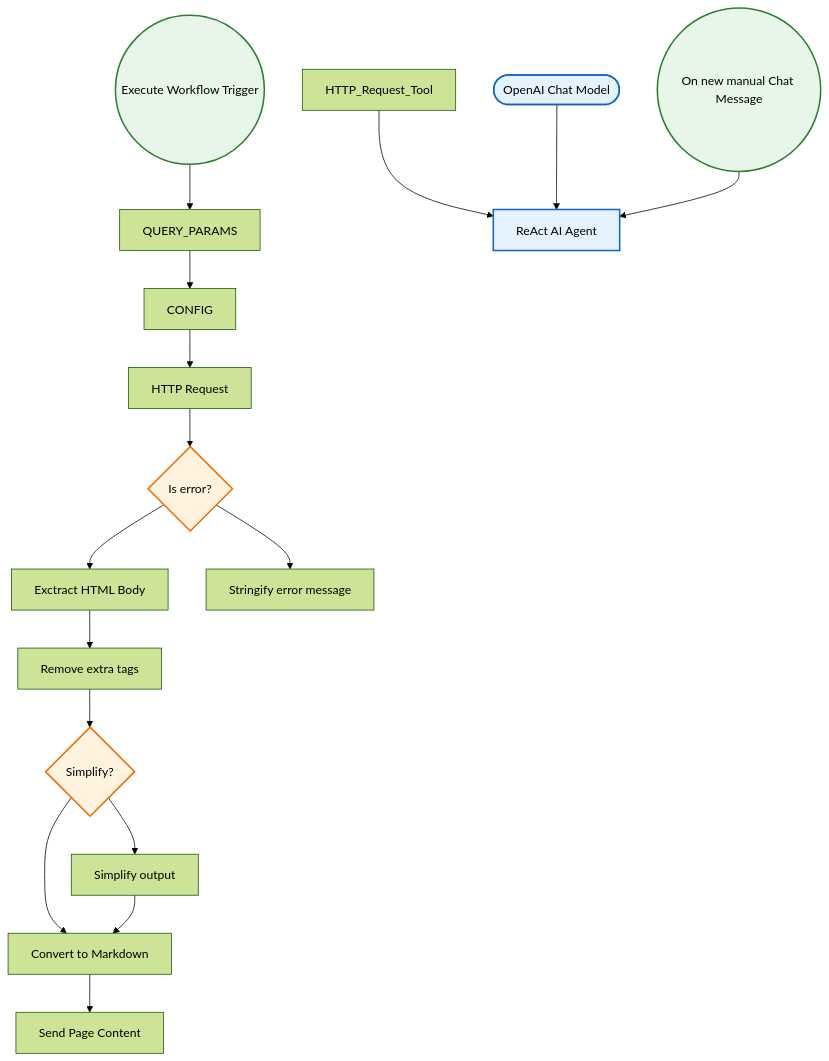
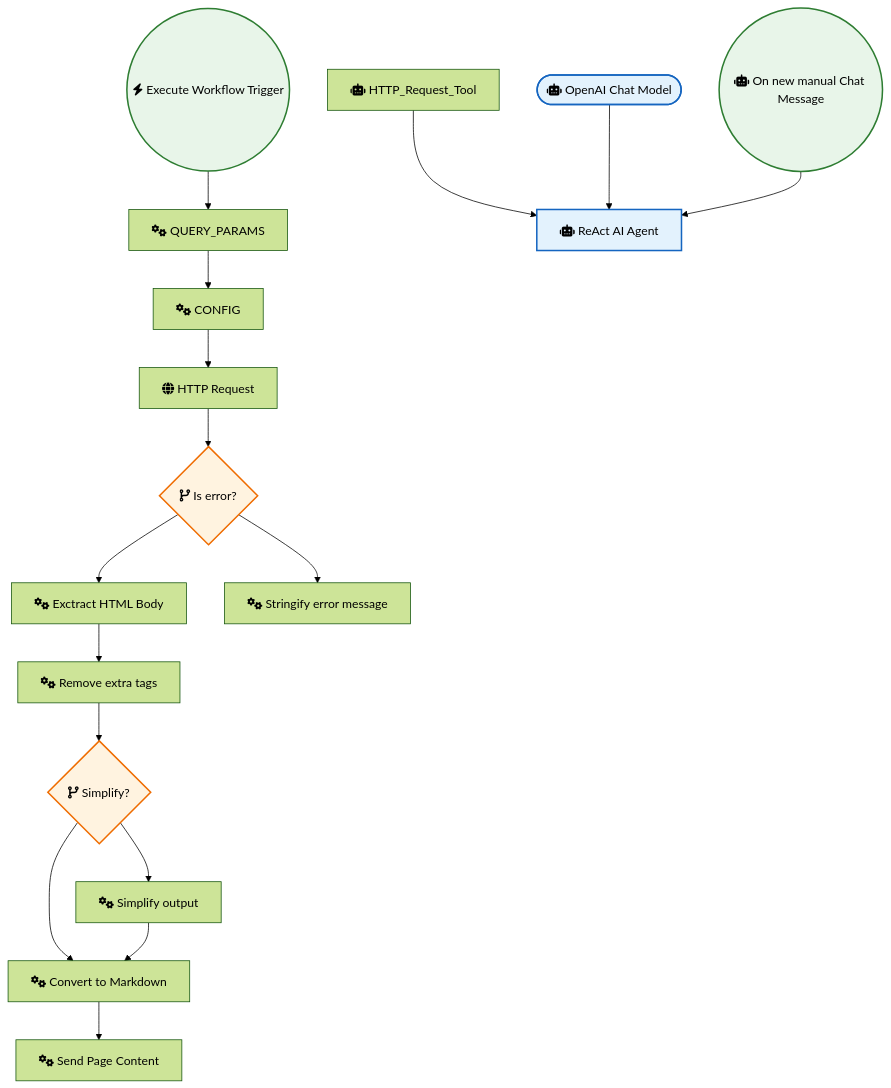
Before and after one commit to sreyash3105/N8N-DEMO-AUTOMATIONS: the diagram in OpenAI_and_LLMs/Agent with Custom Http Request.md, drawn with Mermaid (forest theme). The commit also changed 291 other files, not shown here.

````diff
--- a/OpenAI_and_LLMs/Agent with Custom Http Request.md
+++ b/OpenAI_and_LLMs/Agent with Custom Http Request.md
@@ -1,39 +1,39 @@
 ```mermaid
 graph TD
     classDef trigger fill:#e8f5e9,stroke:#2e7d32,stroke-width:2px;
     classDef ai fill:#e3f2fd,stroke:#1565c0,stroke-width:2px;
     classDef logic fill:#fff3e0,stroke:#ef6c00,stroke-width:2px;
 
-    On_new_manual_Chat_Message(("On new manual Chat Message")):::trigger
-    OpenAI_Chat_Model(["OpenAI Chat Model"]):::ai
-    HTTP_Request["HTTP Request"]
-    Exctract_HTML_Body["Exctract HTML Body"]
-    Is_error_{"Is error?"}:::logic
-    Stringify_error_message["Stringify error message"]
-    Execute_Workflow_Trigger(("Execute Workflow Trigger")):::trigger
-    Remove_extra_tags["Remove extra tags"]
-    Simplify_output["Simplify output"]
-    Simplify_{"Simplify?"}:::logic
-    QUERY_PARAMS["QUERY_PARAMS"]
-    CONFIG["CONFIG"]
-    ReAct_AI_Agent["ReAct AI Agent"]:::ai
-    Convert_to_Markdown["Convert to Markdown"]
-    Send_Page_Content["Send Page Content"]
-    HTTP_Request_Tool["HTTP_Request_Tool"]
+    On_new_manual_Chat_Message(("fas:fa-robot On new manual Chat Message")):::trigger
+    OpenAI_Chat_Model(["fas:fa-robot OpenAI Chat Model"]):::ai
+    HTTP_Request["fas:fa-globe HTTP Request"]
+    Exctract_HTML_Body["fas:fa-cogs Exctract HTML Body"]
+    Is_error_{"fas:fa-code-branch Is error?"}:::logic
+    Stringify_error_message["fas:fa-cogs Stringify error message"]
+    Execute_Workflow_Trigger(("fas:fa-bolt Execute Workflow Trigger")):::trigger
+    Remove_extra_tags["fas:fa-cogs Remove extra tags"]
+    Simplify_output["fas:fa-cogs Simplify output"]
+    Simplify_{"fas:fa-code-branch Simplify?"}:::logic
+    QUERY_PARAMS["fas:fa-cogs QUERY_PARAMS"]
+    CONFIG["fas:fa-cogs CONFIG"]
+    ReAct_AI_Agent["fas:fa-robot ReAct AI Agent"]:::ai
+    Convert_to_Markdown["fas:fa-cogs Convert to Markdown"]
+    Send_Page_Content["fas:fa-cogs Send Page Content"]
+    HTTP_Request_Tool["fas:fa-robot HTTP_Request_Tool"]
 
     CONFIG --> HTTP_Request
     Is_error_ --> Stringify_error_message
     Is_error_ --> Exctract_HTML_Body
     Simplify_ --> Simplify_output
     Simplify_ --> Convert_to_Markdown
     HTTP_Request --> Is_error_
     QUERY_PARAMS --> CONFIG
     Simplify_output --> Convert_to_Markdown
     HTTP_Request_Tool --> ReAct_AI_Agent
     OpenAI_Chat_Model --> ReAct_AI_Agent
     Remove_extra_tags --> Simplify_
     Exctract_HTML_Body --> Remove_extra_tags
     Convert_to_Markdown --> Send_Page_Content
     Execute_Workflow_Trigger --> QUERY_PARAMS
     On_new_manual_Chat_Message --> ReAct_AI_Agent
 ```
````
